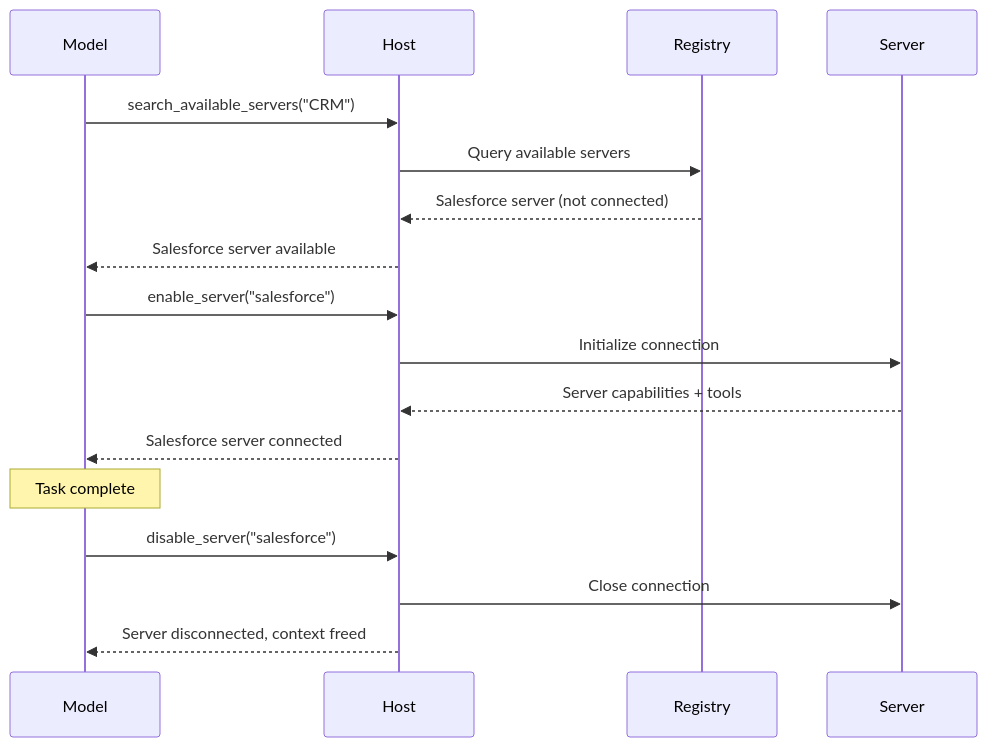
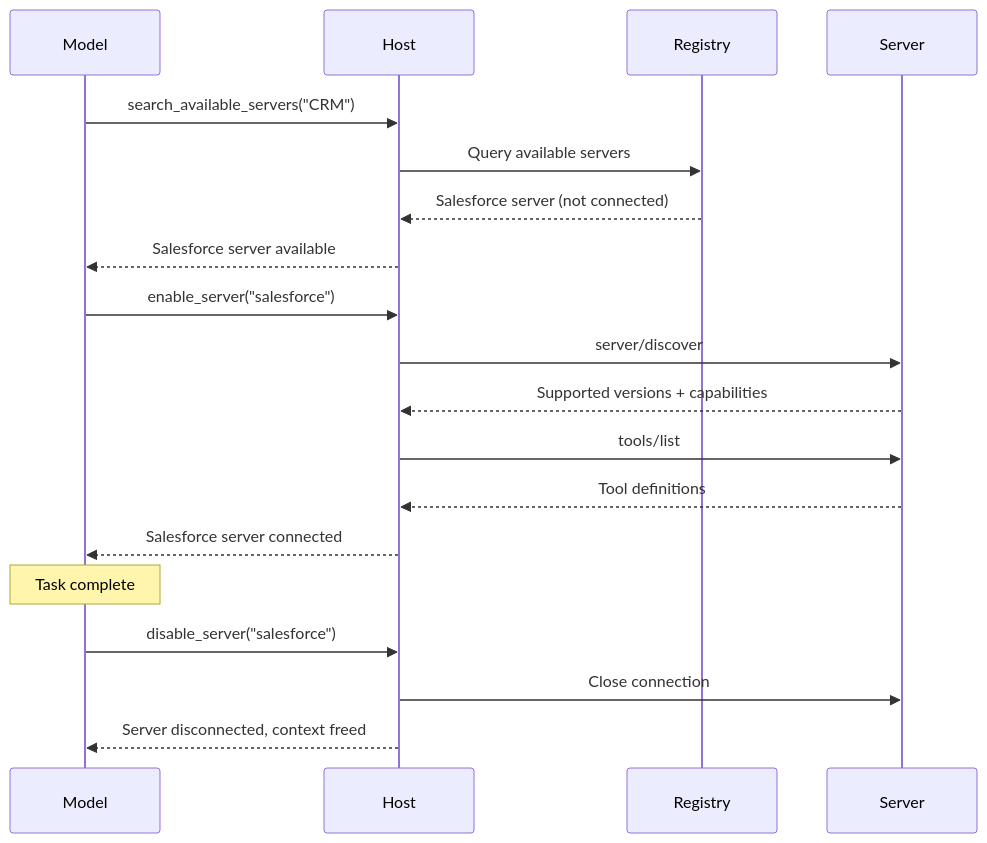
The first of 2 diagrams in docs/docs/draft/develop/clients/client-best-practices.mdx (enclawed/omcp), drawn with Mermaid before and after one commit. The commit also changed 2 other files, not shown here.

Commit message:
docs: rewrite learn pages around the stateless protocol and server/discover
Replace the initialize-based lifecycle walkthrough in the architecture
guide with per-request _meta identity, server/discover, and
subscriptions/listen, and update the JSON examples to the 2026-07-28
draft shapes (resultType, ttlMs, cacheScope). Rewrite the versioning
page's Negotiation section around per-request version declaration and
retarget its lifecycle link, which would break once the draft ships.
Update the dynamic server management diagram in client best practices
to open with server/discover instead of an initialize handshake.

Claude-Session: https://claude.ai/code/session_016WBaED7Rta4YsYVz66Qoru

````diff
--- a/docs/docs/draft/develop/clients/client-best-practices.mdx
+++ b/docs/docs/draft/develop/clients/client-best-practices.mdx
@@ -105,23 +105,25 @@
 ```mermaid
 sequenceDiagram
     participant Model
     participant Host
     participant Registry
     participant Server
 
     Model->>Host: search_available_servers("CRM")
     Host->>Registry: Query available servers
     Registry-->>Host: Salesforce server (not connected)
     Host-->>Model: Salesforce server available
 
     Model->>Host: enable_server("salesforce")
-    Host->>Server: Initialize connection
-    Server-->>Host: Server capabilities + tools
+    Host->>Server: server/discover
+    Server-->>Host: Supported versions + capabilities
+    Host->>Server: tools/list
+    Server-->>Host: Tool definitions
     Host-->>Model: Salesforce server connected
 
     Note over Model: Task complete
 
     Model->>Host: disable_server("salesforce")
     Host->>Server: Close connection
     Host-->>Model: Server disconnected, context freed
 ```
````
